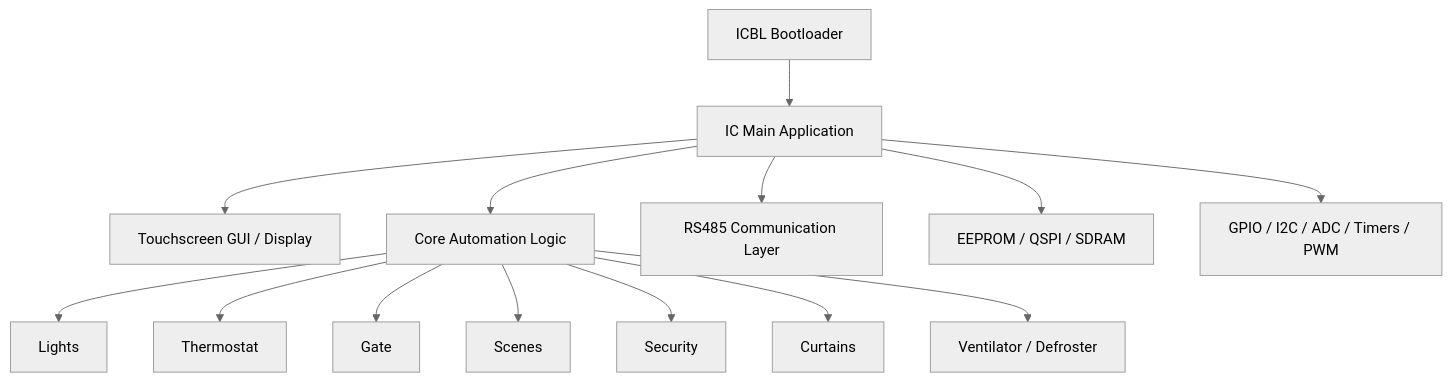
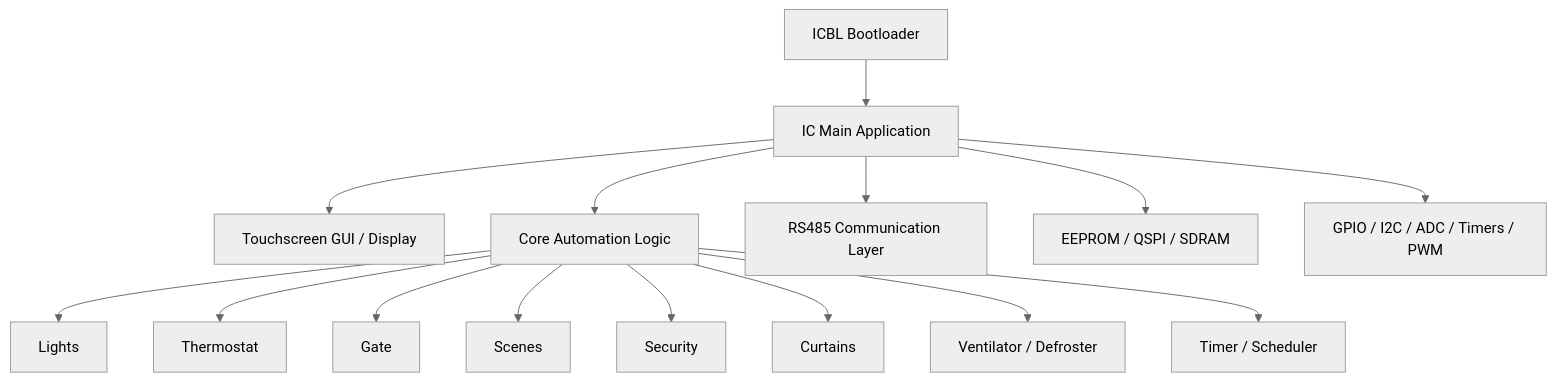
Before and after one commit to eldar6776/IntegratedController: the first of 2 diagrams in README.md, drawn with Mermaid (neutral theme). The commit also changed other lines of this file, not shown here.

Commit message:
Expand README with richer architecture, modules, documentation, and presentation sections

````diff
--- a/README.md
+++ b/README.md
@@ -64,32 +133,34 @@
 ```mermaid
 flowchart TD
     BL[ICBL Bootloader]
     APP[IC Main Application]
     GUI[Touchscreen GUI / Display]
     CORE[Core Automation Logic]
     COM[RS485 Communication Layer]
     MEM[EEPROM / QSPI / SDRAM]
     IO[GPIO / I2C / ADC / Timers / PWM]
     MOD1[Lights]
     MOD2[Thermostat]
     MOD3[Gate]
     MOD4[Scenes]
     MOD5[Security]
     MOD6[Curtains]
     MOD7[Ventilator / Defroster]
+    MOD8[Timer / Scheduler]
 
     BL --> APP
     APP --> GUI
     APP --> CORE
     APP --> COM
     APP --> MEM
     APP --> IO
 
     CORE --> MOD1
     CORE --> MOD2
     CORE --> MOD3
     CORE --> MOD4
     CORE --> MOD5
     CORE --> MOD6
     CORE --> MOD7
+    CORE --> MOD8
 ```
````
